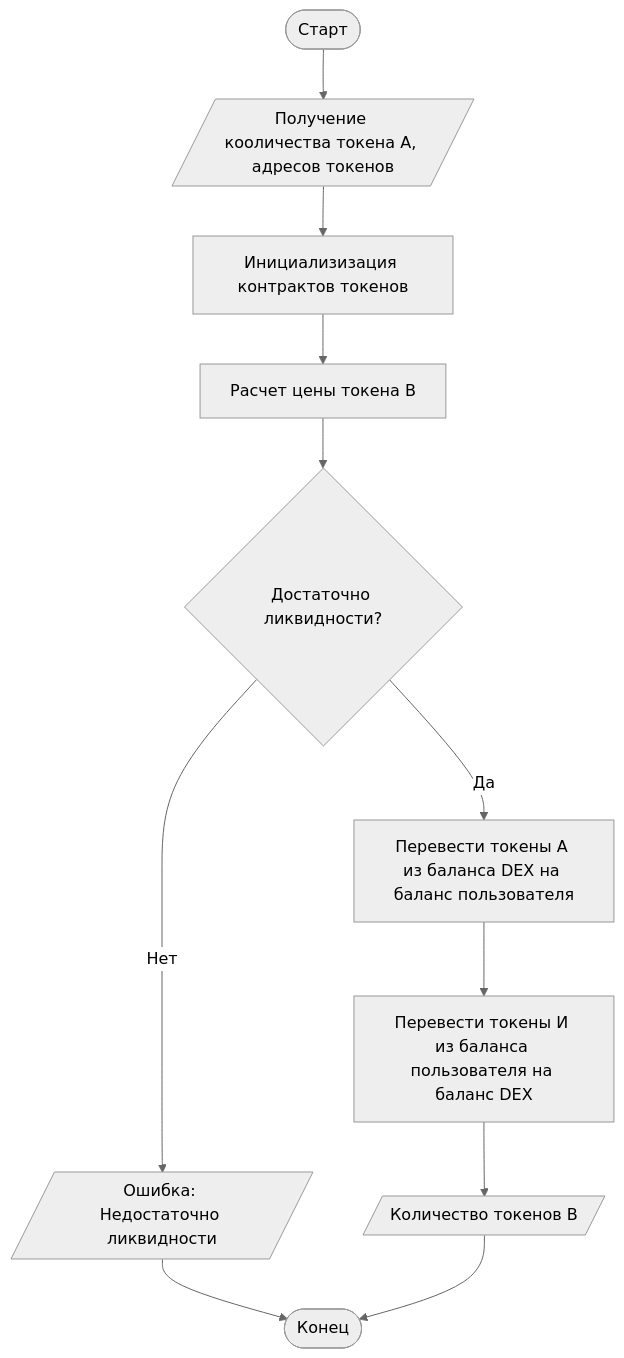
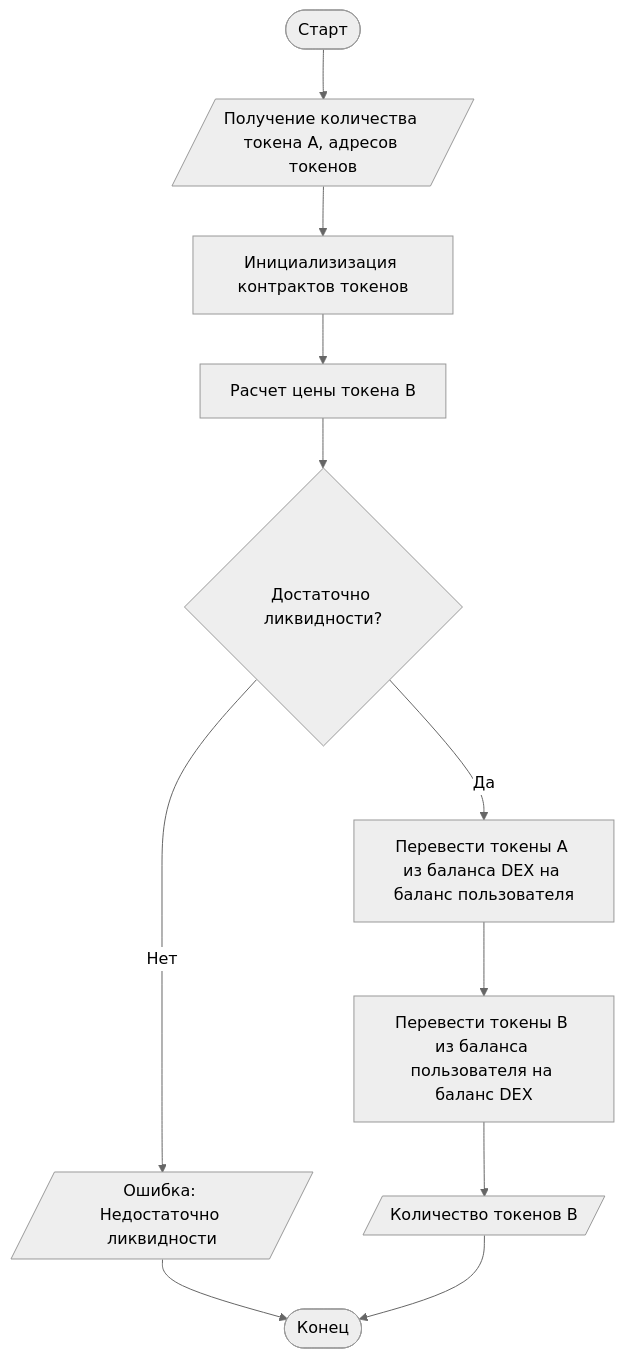
The diagram in diagrams/swapFlowchart__RU.md (vasemkin/dex), drawn with Mermaid (neutral theme) before and after one commit.

````diff
--- a/diagrams/swapFlowchart__RU.md
+++ b/diagrams/swapFlowchart__RU.md
@@ -1,15 +1,15 @@
 ```mermaid
 graph TD
     E([Старт]) --> Q
-    Q[/Получение кооличества токена А, адресов токенов/] --> A
+    Q[/Получение количества токена А, адресов токенов/] --> A
     A[Инициализизация контрактов токенов] --> B
     B[Расчет цены токена B] --> C
 
     C{Достаточно ликвидности?} -->|Нет| D[/Ошибка: Недостаточно ликвидности/]
     C -->|Да| F[Перевести токены A из баланса DEX на баланс пользователя]
-    F --> G[Перевести токены И из баланса пользователя на баланс DEX]
+    F --> G[Перевести токены B из баланса пользователя на баланс DEX]
     G --> H[/Количество токенов B/]
 
     D --> I([Конец])
     H --> I([Конец])
 ```
````
